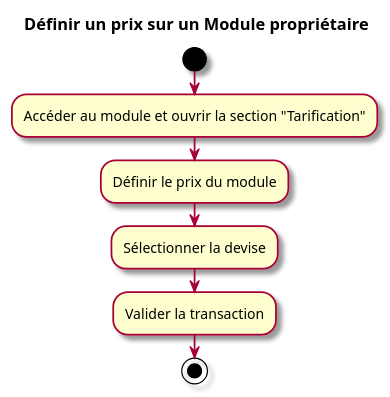
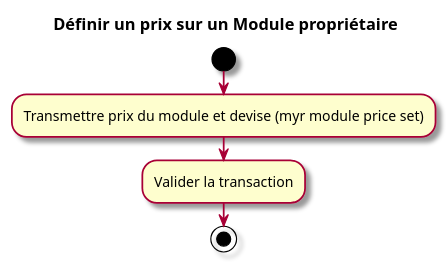
The third of 3 diagrams in specs/1-Expression/UCPI-Propriete_Intellectuelle/UCPI05.md (olivaux/myr), drawn with PlantUML before and after one commit. The commit also changed other lines of this file and 65 other files, not shown here.

````diff
--- a/specs/1-Expression/UCPI-Propriete_Intellectuelle/UCPI05.md
+++ b/specs/1-Expression/UCPI-Propriete_Intellectuelle/UCPI05.md
@@ -82,12 +83,10 @@
 ```plantuml
 @startuml
 skin rose
 title Définir un prix sur un Module propriétaire
 start
-:Accéder au module et ouvrir la section "Tarification";
-:Définir le prix du module;
-:Sélectionner la devise;
+:Transmettre prix du module et devise (myr module price set);
 :Valider la transaction;
 stop
 @enduml
 ```
````
